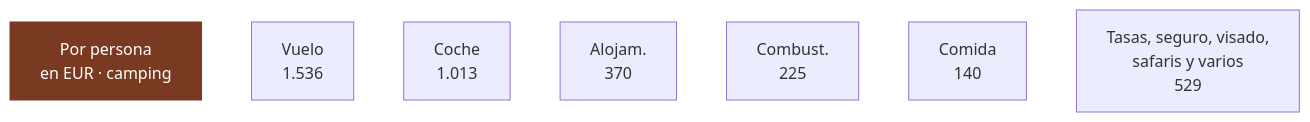
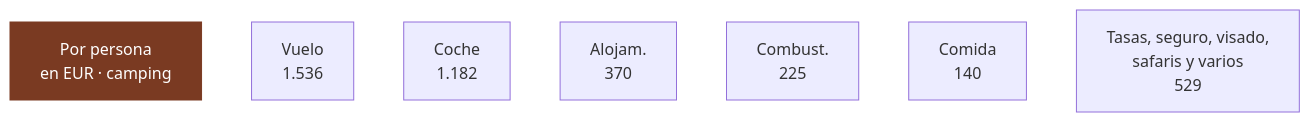
One commit to morandeirachema/namibia changed the seventh of 8 diagrams in 02-presupuesto.md. Above: the diagram before and after it, drawn with Mermaid. The commit also changed other lines of this file and 14 other files, not shown here.

````diff
--- a/02-presupuesto.md
+++ b/02-presupuesto.md
@@ -599,17 +524,17 @@
 ```mermaid
 flowchart LR
     T["Por persona<br/>en EUR · camping"]
     n0["Vuelo<br/>1.536"]
-    n1["Coche<br/>1.013"]
+    n1["Coche<br/>1.182"]
     n2["Alojam.<br/>370"]
     n3["Combust.<br/>225"]
     n4["Comida<br/>140"]
     n5["Tasas, seguro, visado,<br/>safaris y varios<br/>529"]
     T ~~~ n0
     n0 ~~~ n1
     n1 ~~~ n2
     n2 ~~~ n3
     n3 ~~~ n4
     n4 ~~~ n5
     style T fill:#7a3a22,color:#fff,stroke:#7a3a22
 ```
````
